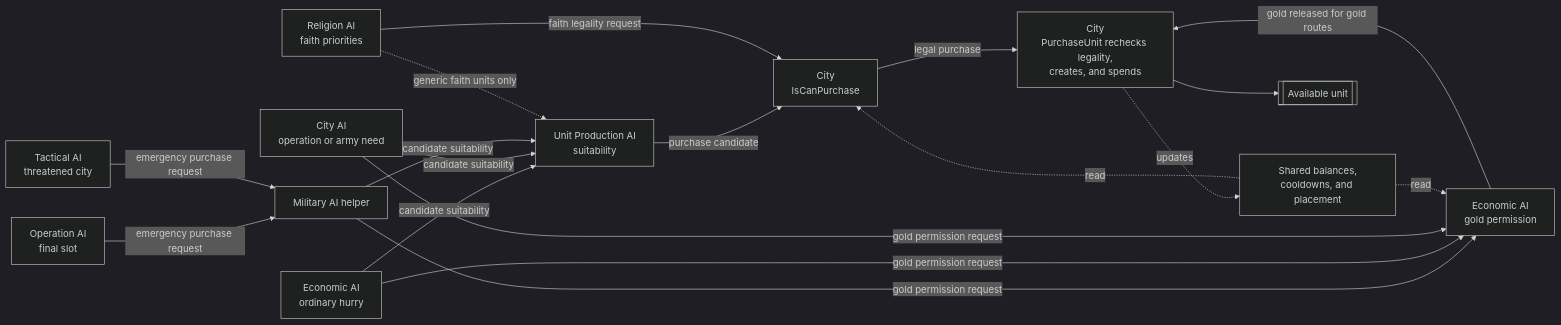
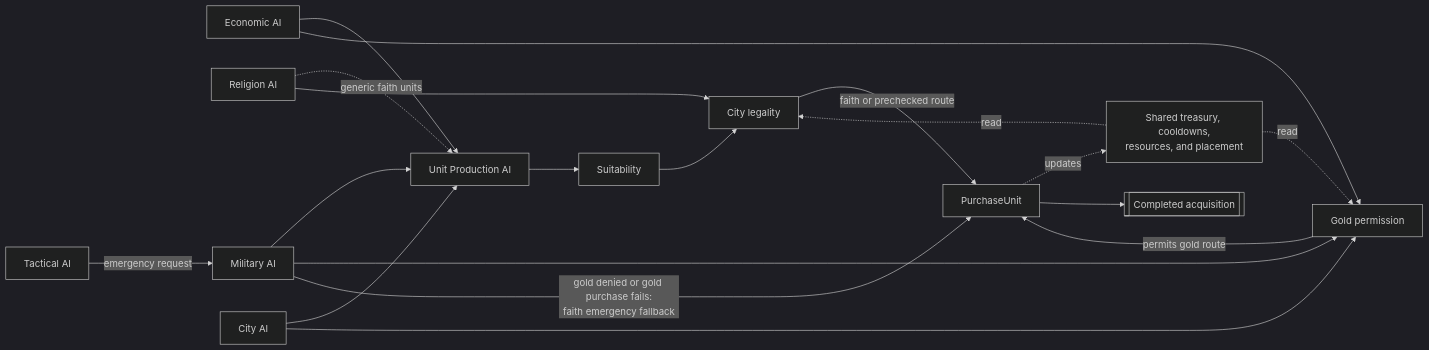
The second of 3 diagrams in docs/developers/civ5-dll/unit-ai/acquisition.md (vox-deorum/vox-deorum), drawn with Mermaid (dark theme) before and after one commit. The commit also changed other lines of this file and 12 other files, not shown here.

````diff
--- a/docs/developers/civ5-dll/unit-ai/acquisition.md
+++ b/docs/developers/civ5-dll/unit-ai/acquisition.md
@@ -44,33 +59,34 @@
 ```mermaid
 flowchart LR
-    O[Operation AI<br/>final slot]
-    T[Tactical AI<br/>threatened city]
-    E[Economic AI<br/>ordinary hurry]
-    A[City AI<br/>operation or army need]
-    M[Military AI helper]
-    R[Religion AI<br/>faith priorities]
-    U[Unit Production AI<br/>suitability]
-    G[Economic AI<br/>gold permission]
-    C[City<br/>IsCanPurchase]
-    P[City<br/>PurchaseUnit rechecks legality,<br/>creates, and spends]
-    S[Shared balances,<br/>cooldowns, and placement]
-    N[[Available unit]]
+    E[Economic AI]
+    R[Religion AI]
+    M[Military AI]
+    T[Tactical AI]
+    C[City AI]
+    U[Unit Production AI]
+    S[Suitability]
+    G[Gold permission]
+    L[City legality]
+    P[PurchaseUnit]
+    X[Shared treasury, cooldowns,<br/>resources, and placement]
+    N[[Completed acquisition]]
 
-    O -->|emergency purchase request| M
-    T -->|emergency purchase request| M
-    E -->|candidate suitability| U
-    A -->|candidate suitability| U
-    M -->|candidate suitability| U
-    M -->|gold permission request| G
-    E -->|gold permission request| G
-    A -->|gold permission request| G
-    U -->|purchase candidate| C
-    R -->|faith legality request| C
-    R -.->|generic faith units only| U
-    S -.->|read| G
-    S -.->|read| C
-    G -->|gold released for gold routes| P
-    C -->|legal purchase| P
-    P -.->|updates| S
+    T -->|emergency request| M
+    E --> U
+    M --> U
+    C --> U
+    R -.->|generic faith units| U
+    U --> S
+    E --> G
+    M --> G
+    C --> G
+    S --> L
+    R --> L
+    G -->|permits gold route| P
+    L -->|faith or prechecked route| P
+    M -->|gold denied or gold purchase fails:<br/>faith emergency fallback| P
+    X -.->|read| G
+    X -.->|read| L
+    P -.->|updates| X
     P --> N
 ```
````
